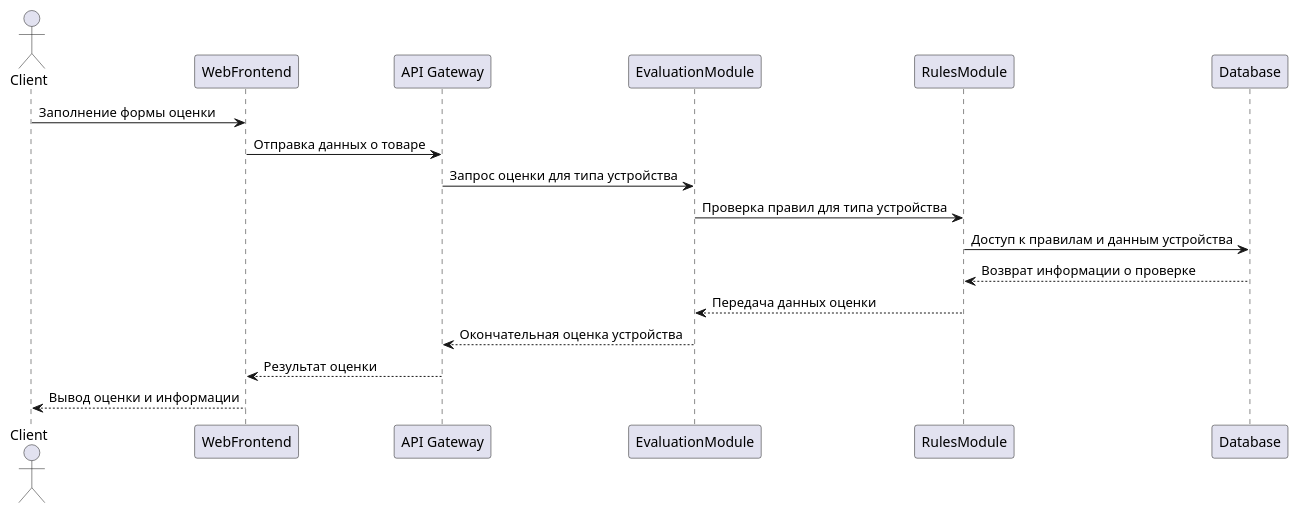
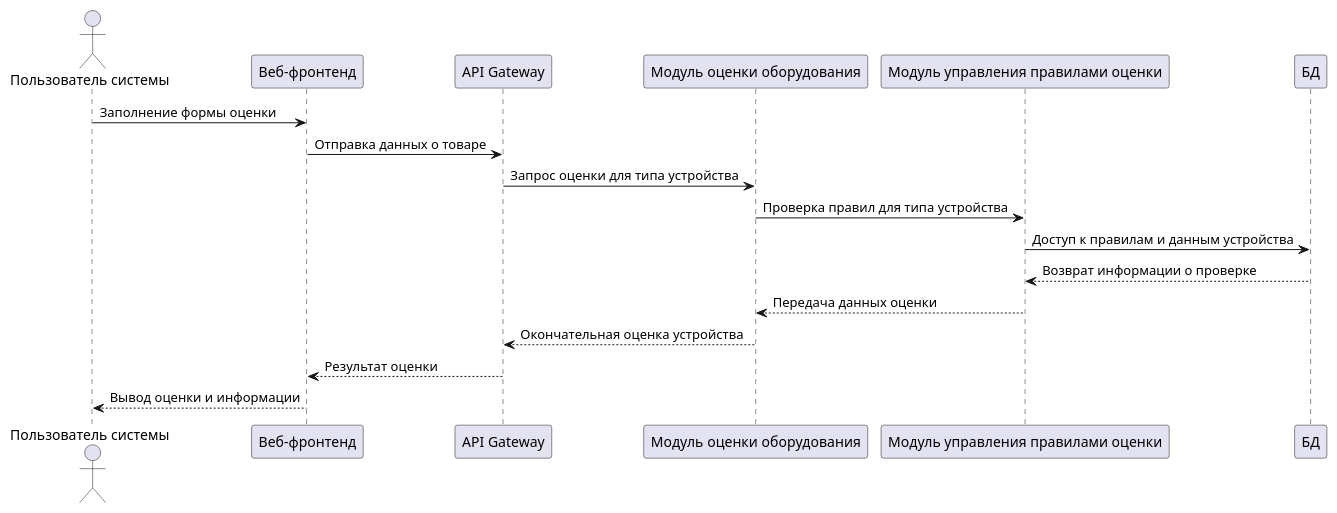
The diagram in Lab Work №3/docs/sequence.plantuml (embersage/HSE-Software-Architecture), drawn with PlantUML before and after one commit. The commit also changed 2 other files, not shown here.

Commit message:
LabWork3 Добавил отчет и изменил диаграммы

```diff
--- a/Lab Work №3/docs/sequence.plantuml
+++ b/Lab Work №3/docs/sequence.plantuml
@@ -1,19 +1,19 @@
 @startuml SequenceDiagram
-actor Client
-participant WebFrontend
+actor Client as "Пользователь системы"
+participant WebFrontend as "Веб-фронтенд"
 participant API as "API Gateway"
-participant EvaluationModule
-participant RulesModule
-participant Database
+participant EvaluationModule as "Модуль оценки оборудования"
+participant RulesModule as "Модуль управления правилами оценки"
+participant Database as "БД"
 
 Client -> WebFrontend : Заполнение формы оценки
 WebFrontend -> API : Отправка данных о товаре
 API -> EvaluationModule : Запрос оценки для типа устройства
 EvaluationModule -> RulesModule : Проверка правил для типа устройства
 RulesModule -> Database : Доступ к правилам и данным устройства
 Database --> RulesModule : Возврат информации о проверке
 RulesModule --> EvaluationModule : Передача данных оценки
 EvaluationModule --> API : Окончательная оценка устройства
 API --> WebFrontend : Результат оценки
 WebFrontend --> Client : Вывод оценки и информации
 @enduml
```
